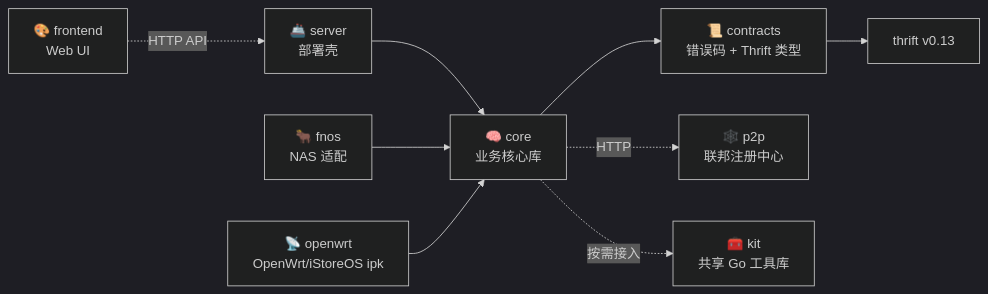
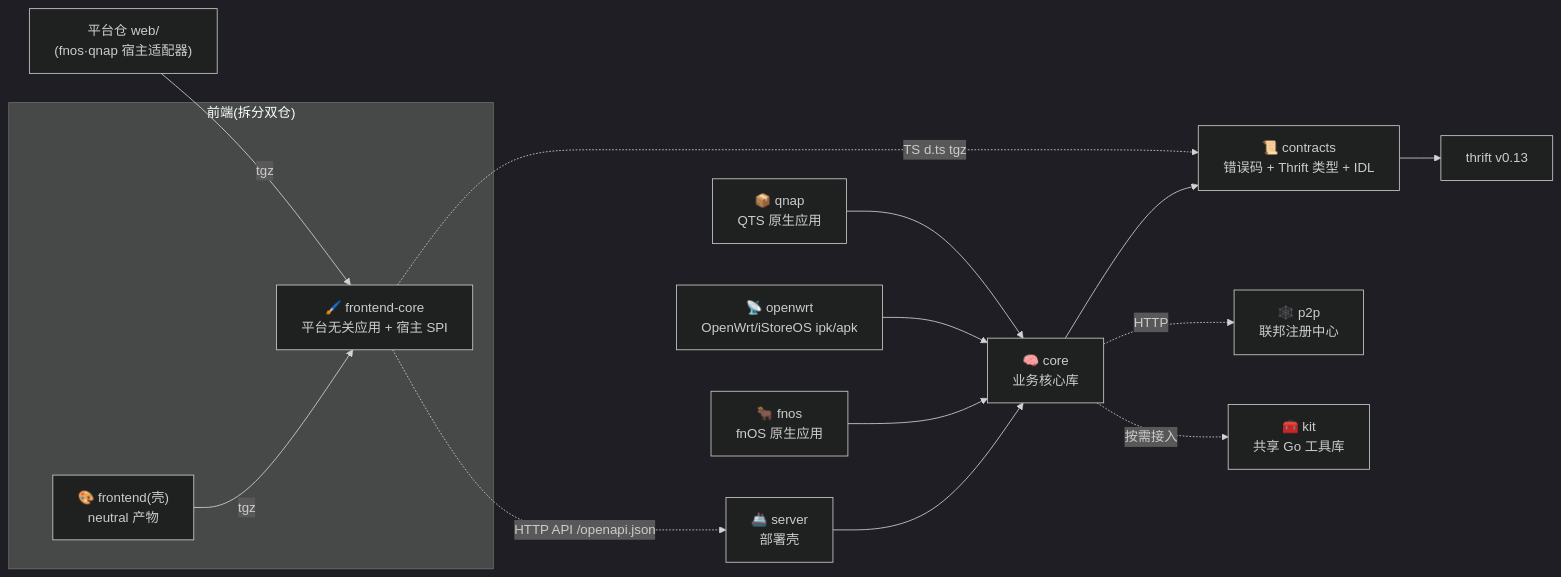
Before and after one commit to filescodebox/.github: the diagram in profile/README.md, drawn with Mermaid (dark theme). The commit also changed other lines of this file, not shown here.

Commit message:
docs(profile): org 门面对码 2026-10-10——前端拆仓(frontend 壳+frontend-core)/qnap·fnos 原生形态/依赖图补 qnap 与前端 tgz 链/FCB_→PB_ env/单容器改 API-only 标注/fnos 镜像停发/上游灵感链接纠回 vastsa/FileCodeBox

````diff
--- a/profile/README.md
+++ b/profile/README.md
@@ -53,13 +54,19 @@
 ```mermaid
 graph LR
-    frontend["🎨 frontend<br/>Web UI"] -. HTTP API .-> server["🚢 server<br/>部署壳"]
+    subgraph FEW["前端(拆分双仓)"]
+        frontend["🎨 frontend(壳)<br/>neutral 产物"] -->|"tgz"| fecore["🖌️ frontend-core<br/>平台无关应用 + 宿主 SPI"]
+    end
+    web["平台仓 web/<br/>(fnos·qnap 宿主适配器)"] -->|"tgz"| fecore
+    fecore -. "HTTP API /openapi.json" .-> server["🚢 server<br/>部署壳"]
     server --> core["🧠 core<br/>业务核心库"]
-    fnos["🐂 fnos<br/>NAS 适配"] --> core
-    openwrt["📡 openwrt<br/>OpenWrt/iStoreOS ipk"] --> core
-    core --> contracts["📜 contracts<br/>错误码 + Thrift 类型"]
+    fnos["🐂 fnos<br/>fnOS 原生应用"] --> core
+    openwrt["📡 openwrt<br/>OpenWrt/iStoreOS ipk/apk"] --> core
+    qnap["📦 qnap<br/>QTS 原生应用"] --> core
+    core --> contracts["📜 contracts<br/>错误码 + Thrift 类型 + IDL"]
+    fecore -.->|"TS d.ts tgz"| contracts
     contracts --> thrift["thrift v0.13"]
     p2p["🕸️ p2p<br/>联邦注册中心"]
     core -. HTTP .-> p2p
     kit["🧰 kit<br/>共享 Go 工具库"]
     core -.->|"按需接入"| kit
 ```
````
